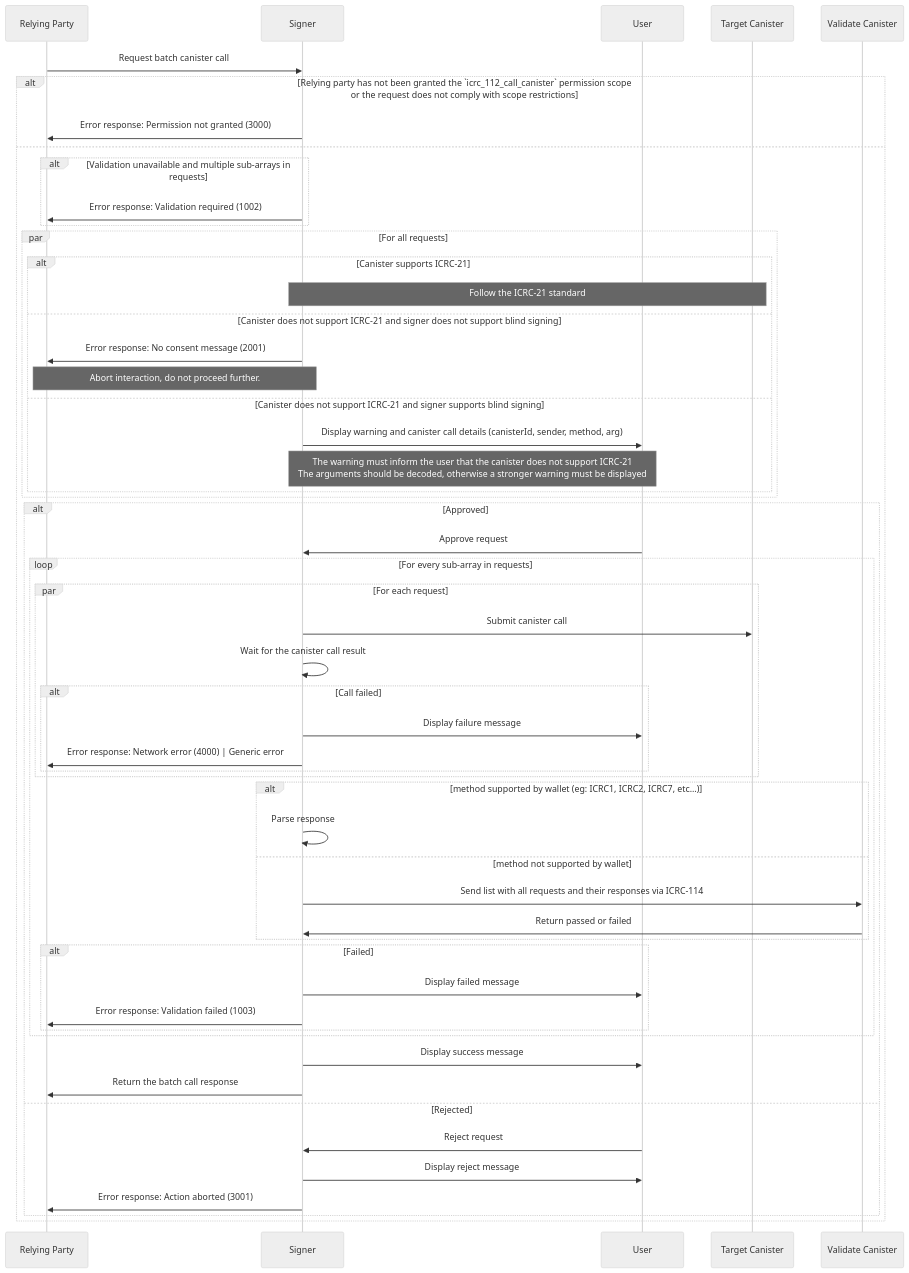
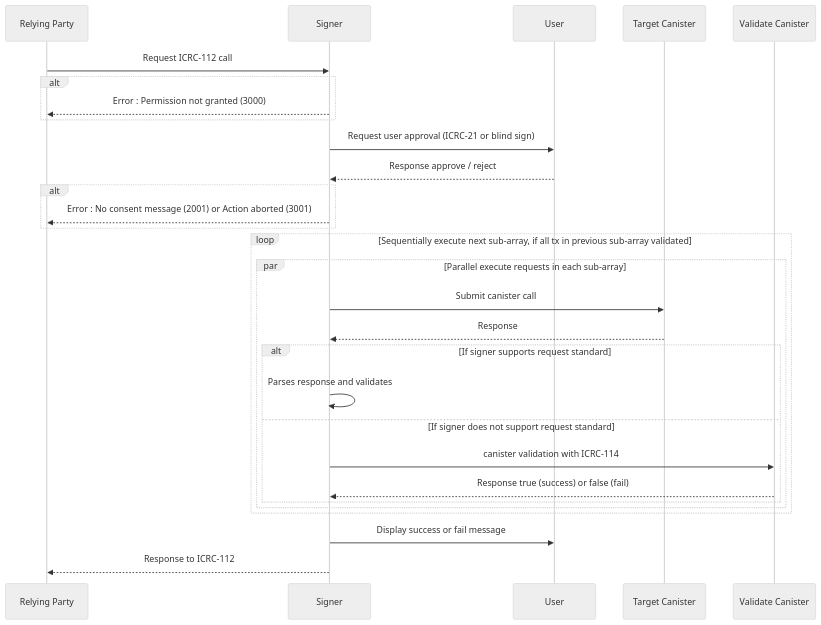
One commit to dfinity/wg-identity-authentication changed the diagram in topics/icrc_112_batch_canister_call.md. Above: the diagram before and after it, drawn with Mermaid (neutral theme). The commit also changed other lines of this file and 1 other file, not shown here.

First line of the commit message:
Update ICRC-112 and ICRC-114 (#232)

````diff
--- a/topics/icrc_112_batch_canister_call.md
+++ b/topics/icrc_112_batch_canister_call.md
@@ -107,63 +114,45 @@
 ```mermaid
 sequenceDiagram
     participant RP as Relying Party
     participant S as Signer
     participant U as User
     participant C as Target Canister
     participant VC as Validate Canister
 
-    RP ->> S: Request batch canister call
-    alt Relying party has not been granted the `icrc_112_call_canister` permission scope<br>or the request does not comply with scope restrictions
-        S ->> RP: Error response: Permission not granted (3000)
-    else
-        alt Validation unavailable and multiple sub-arrays in requests
-            S ->> RP: Error response: Validation required (1002)
-        end
-        par For all requests
-            alt Canister supports ICRC-21
-                Note over S,C: Follow the ICRC-21 standard
-            else Canister does not support ICRC-21 and signer does not support blind signing
-                S ->> RP: Error response: No consent message (2001)
-                Note over RP,S: Abort interaction, do not proceed further.
-            else Canister does not support ICRC-21 and signer supports blind signing
-                S ->> U: Display warning and canister call details (canisterId, sender, method, arg)
-                Note over S,U: The warning must inform the user that the canister does not support ICRC-21<br/>The arguments should be decoded, otherwise a stronger warning must be displayed
-            end
-        end
-        alt Approved
-            U ->> S: Approve request
-            loop For every sub-array in requests
-                par For each request
-                    S ->> C: Submit canister call
-                    S ->> S: Wait for the canister call result
-                    alt Call failed
-                        S ->> U: Display failure message
-                        S ->> RP: Error response: Network error (4000) | Generic error
-                    end
+    RP ->> S: Request ICRC-112 call
+
+    alt
+        S -->> RP: Error : Permission not granted (3000)
+    end
+
+    S ->> U: Request user approval (ICRC-21 or blind sign)
+    U -->> S: Response approve / reject
+
+    alt
+        S -->> RP: Error : No consent message (2001) or Action aborted (3001)
+    end
+
+
+
+
+        loop Sequentially execute next sub-array, if all tx in previous sub-array validated
+            par Parallel execute requests in each sub-array
+                S ->> C: Submit canister call
+                C -->> S: Response
+
+
+                %% validation only one in both validation
+                alt If signer supports request standard
+                    S ->> S: Parses response and validates
+                else If signer does not support request standard
+                    S ->> VC: canister validation with ICRC-114
+                    VC -->> S: Response true (success) or false (fail)
                 end
 
-                %% validation only one in both validation
-                alt method supported by wallet (eg: ICRC1, ICRC2, ICRC7, etc...)
-                    S ->> S: Parse response
-                else method not supported by wallet 
-                    S ->> VC: Send list with all requests and their responses via ICRC-114
-                    VC ->> S: Return passed or failed
-                end 
-
-                
-                alt Failed
-                    S ->> U: Display failed message
-                    S ->> RP: Error response: Validation failed (1003)
-                end
             end
 
-            S ->> U: Display success message
-            S ->> RP: Return the batch call response
-       
-        else Rejected
-            U ->> S: Reject request
-            S ->> U: Display reject message
-            S ->> RP: Error response: Action aborted (3001)
         end
-    end
+
+        S ->> U: Display success or fail message
+        S -->> RP: Response to ICRC-112
 ```
````
